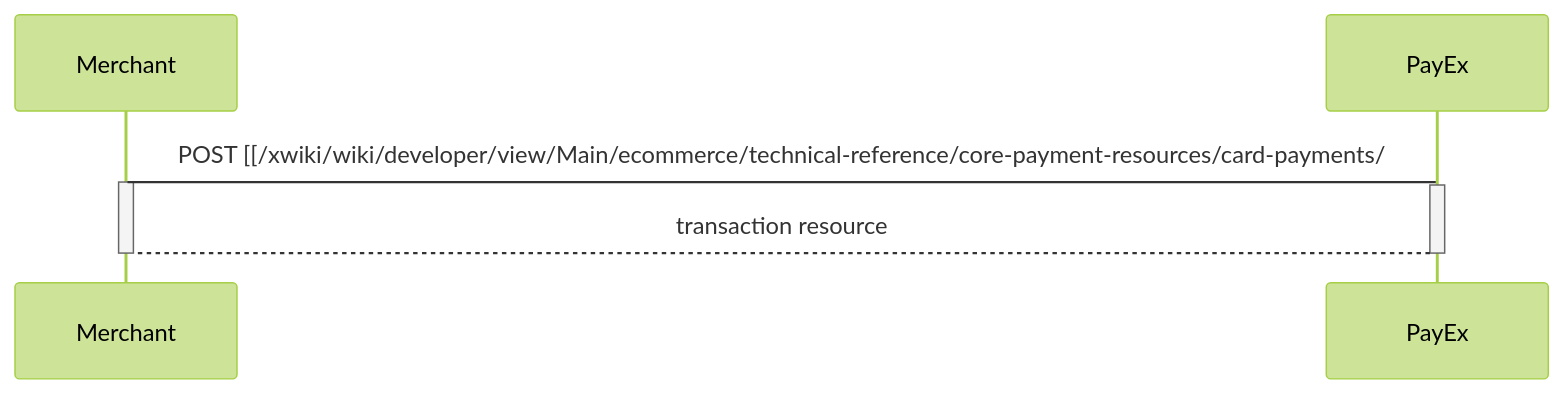
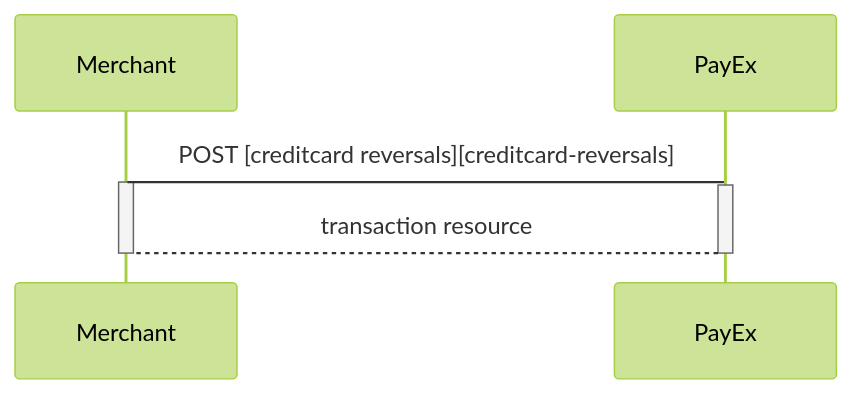
Before and after one commit to SwedbankPay/developer.swedbankpay.com: the third of 9 diagrams in payments/credit-card/after-payment.md, drawn with Mermaid (forest theme). The commit also changed other lines of this file and 6 other files, not shown here.

Commit message:
dx-119 updated links and diagrams in invoice file

````diff
--- a/payments/credit-card/after-payment.md
+++ b/payments/credit-card/after-payment.md
@@ -60,9 +60,9 @@
 ```mermaid
 sequenceDiagram
-  Merchant->PayEx: POST [[/xwiki/wiki/developer/view/Main/ecommerce/technical-reference/core-payment-resources/card-payments/#HReversals creditcard reversals]]
+  Merchant->PayEx: POST [creditcard reversals][creditcard-reversals]
   Activate Merchant
   Activate PayEx
   PayEx-->Merchant: transaction resource
   Deactivate PayEx
   Deactivate Merchant
 ```
````
